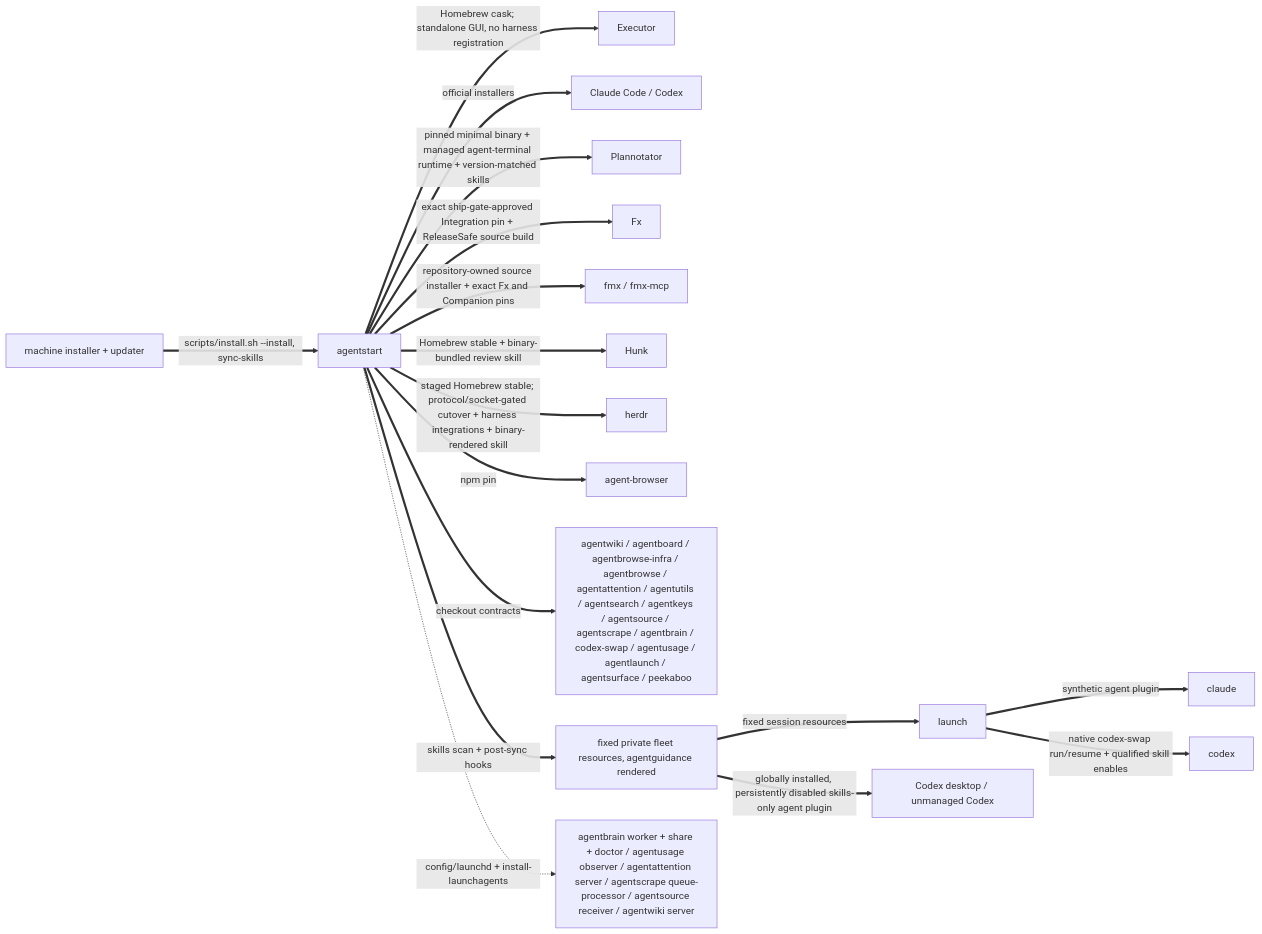
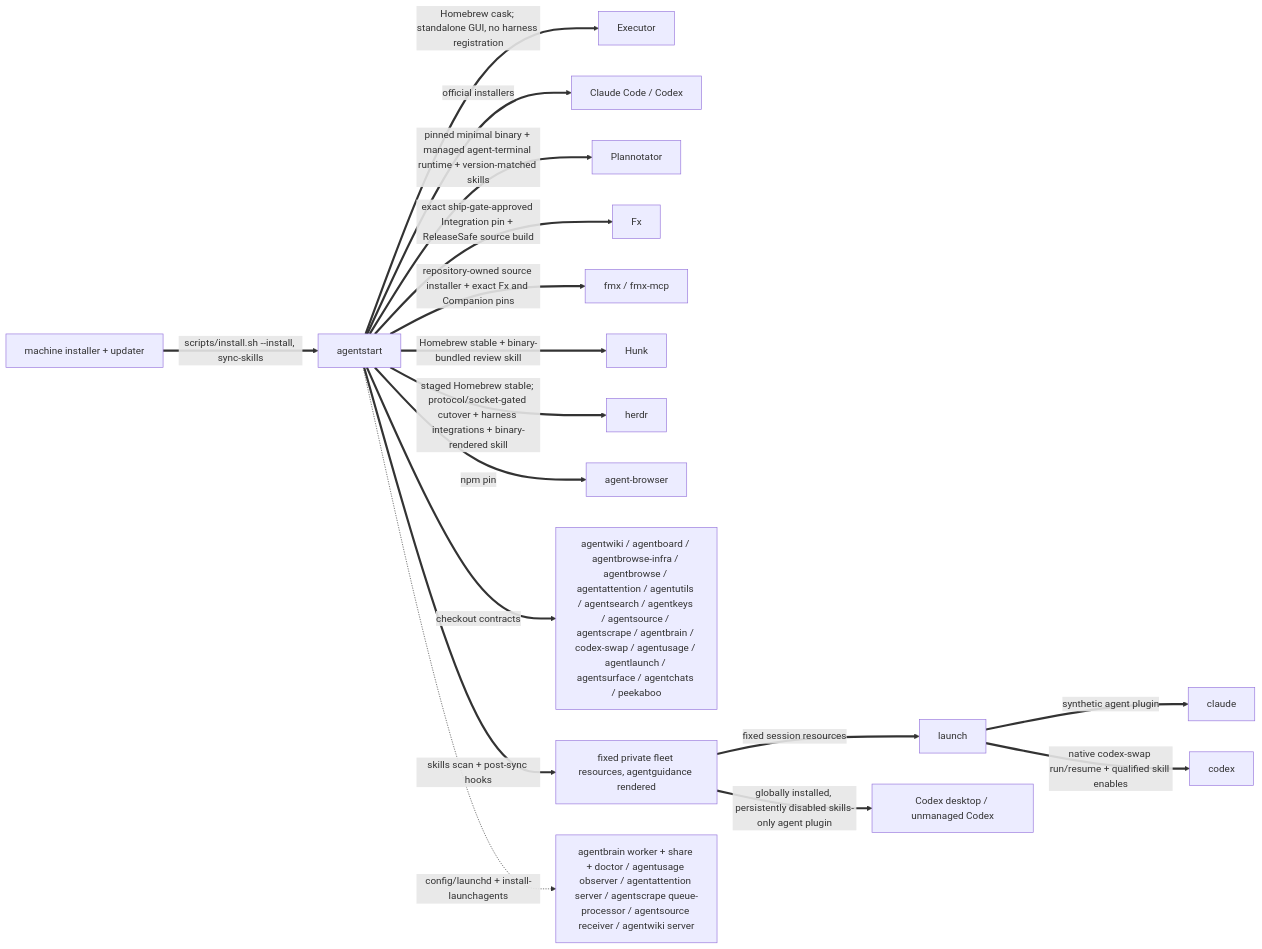
Before and after one commit to possibilities/agentstart: the second of 3 diagrams in skills/fleet/MAP.md, drawn with Mermaid. The commit also changed other lines of this file and 8 other files, not shown here.

````diff
--- a/skills/fleet/MAP.md
+++ b/skills/fleet/MAP.md
@@ -82,22 +86,22 @@
 ```mermaid
 flowchart LR
     machine[machine installer + updater]
     start[agentstart]
 
     machine ==>|scripts/install.sh --install, sync-skills| start
     start ==>|Homebrew cask; standalone GUI, no harness registration| executor[Executor]
     start ==>|official installers| harnesses[Claude Code / Codex]
     start ==>|pinned minimal binary + managed agent-terminal runtime + version-matched skills| plannotator[Plannotator]
     start ==>|exact ship-gate-approved Integration pin + ReleaseSafe source build| fx[Fx]
     start ==>|repository-owned source installer + exact Fx and Companion pins| fmxInstall[fmx / fmx-mcp]
     start ==>|Homebrew stable + binary-bundled review skill| hunk[Hunk]
     start ==>|staged Homebrew stable; protocol/socket-gated cutover + harness integrations + binary-rendered skill| herdrInstall[herdr]
     start ==>|npm pin| browser[agent-browser]
-    start ==>|checkout contracts| fleet[agentwiki / agentboard / agentbrowse-infra / agentbrowse / agentattention / agentutils / agentsearch / agentkeys / agentsource / agentscrape / agentbrain / codex-swap / agentusage / agentlaunch / agentsurface / peekaboo]
+    start ==>|checkout contracts| fleet[agentwiki / agentboard / agentbrowse-infra / agentbrowse / agentattention / agentutils / agentsearch / agentkeys / agentsource / agentscrape / agentbrain / codex-swap / agentusage / agentlaunch / agentsurface / agentchats / peekaboo]
     start ==>|skills scan + post-sync hooks| skills[fixed private fleet resources, agentguidance rendered]
     skills ==>|fixed session resources| launch
     launch ==>|synthetic agent plugin| claude
     launch ==>|native codex-swap run/resume + qualified skill enables| codex
     skills ==>|globally installed, persistently disabled skills-only agent plugin| codexDesktop[Codex desktop / unmanaged Codex]
     start -.->|config/launchd + install-launchagents| services[agentbrain worker + share + doctor / agentusage observer / agentattention server / agentscrape queue-processor / agentsource receiver / agentwiki server]
 ```
````
